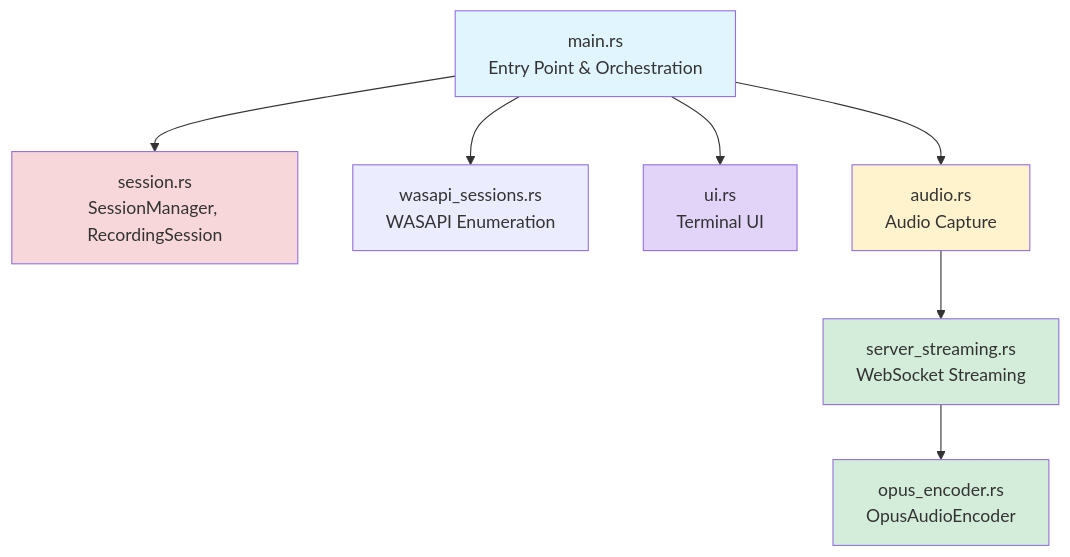
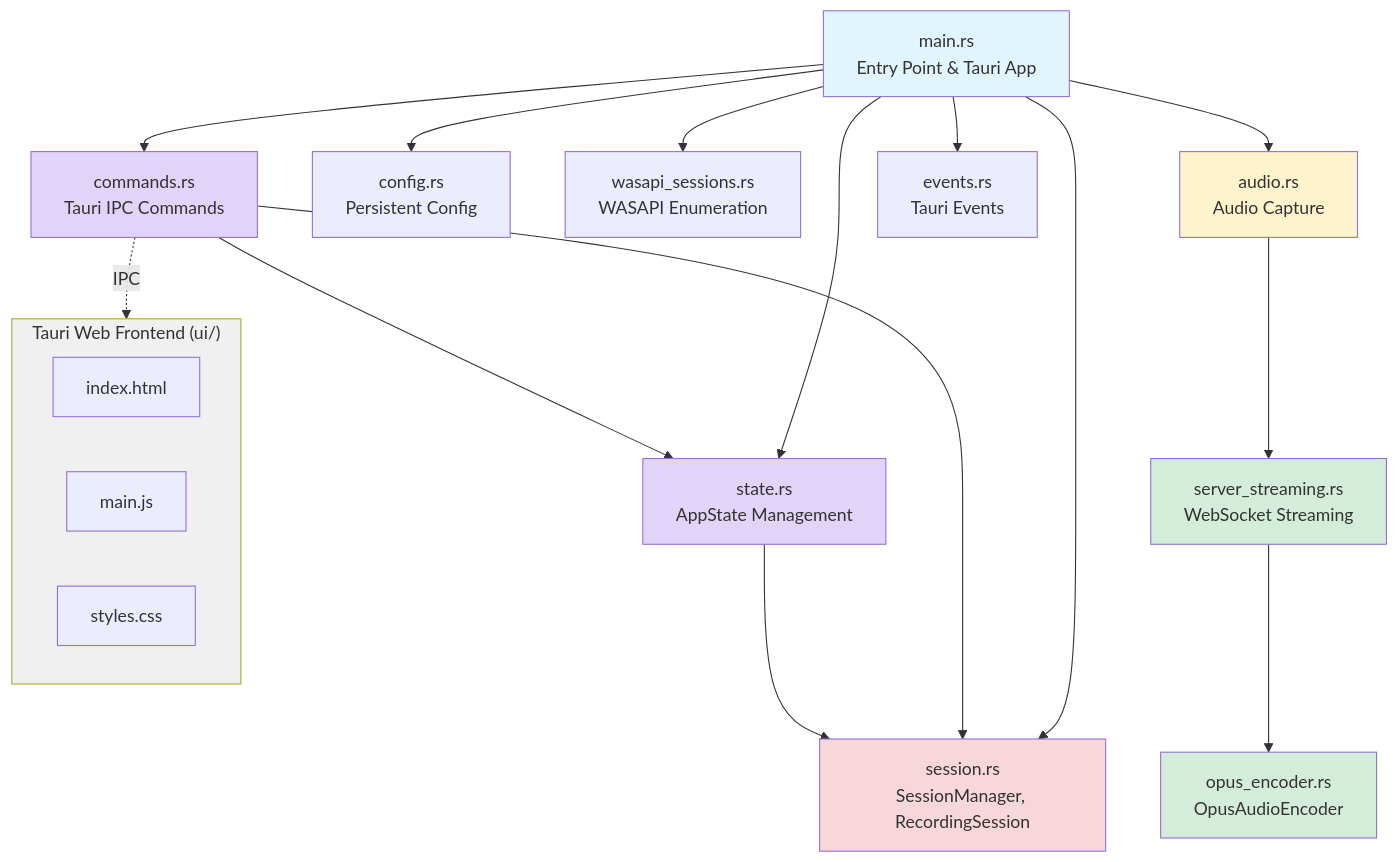
The first of 6 diagrams in DEPENDENCIES.md (RekunDzmitry/voice_bird_desktop), drawn with Mermaid before and after one commit. The commit also changed other lines of this file, not shown here.

First line of the commit message:
docs: update DEPENDENCIES.md for Tauri UI architecture

````diff
--- a/DEPENDENCIES.md
+++ b/DEPENDENCIES.md
@@ -35,19 +35,35 @@
 ```mermaid
 graph TB
-    main[main.rs<br/>Entry Point & Orchestration]
+    main[main.rs<br/>Entry Point & Tauri App]
 
+    main --> commands[commands.rs<br/>Tauri IPC Commands]
+    main --> state[state.rs<br/>AppState Management]
+    main --> config[config.rs<br/>Persistent Config]
     main --> session[session.rs<br/>SessionManager, RecordingSession]
     main --> wasapi[wasapi_sessions.rs<br/>WASAPI Enumeration]
-    main --> ui[ui.rs<br/>Terminal UI]
     main --> audio[audio.rs<br/>Audio Capture]
+    main --> events[events.rs<br/>Tauri Events]
 
+    commands --> state
+    commands --> session
+    state --> session
     audio --> server_streaming[server_streaming.rs<br/>WebSocket Streaming]
     server_streaming --> opus[opus_encoder.rs<br/>OpusAudioEncoder]
 
+    subgraph UI["Tauri Web Frontend (ui/)"]
+        html[index.html]
+        js[main.js]
+        css[styles.css]
+    end
+
+    commands -.->|IPC| UI
+
     style main fill:#e1f5ff
+    style commands fill:#e2d3f8
+    style state fill:#e2d3f8
     style audio fill:#fff3cd
     style server_streaming fill:#d4edda
     style opus fill:#d4edda
     style session fill:#f8d7da
-    style ui fill:#e2d3f8
+    style UI fill:#f0f0f0
 ```
````
